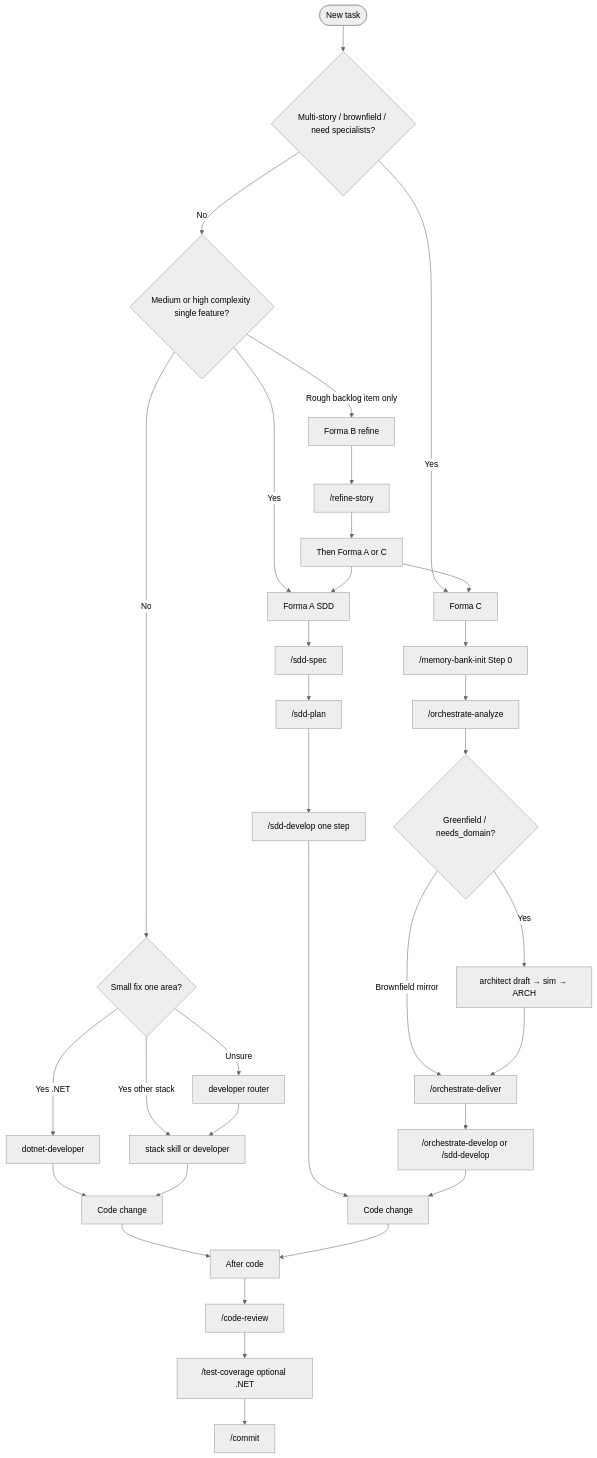
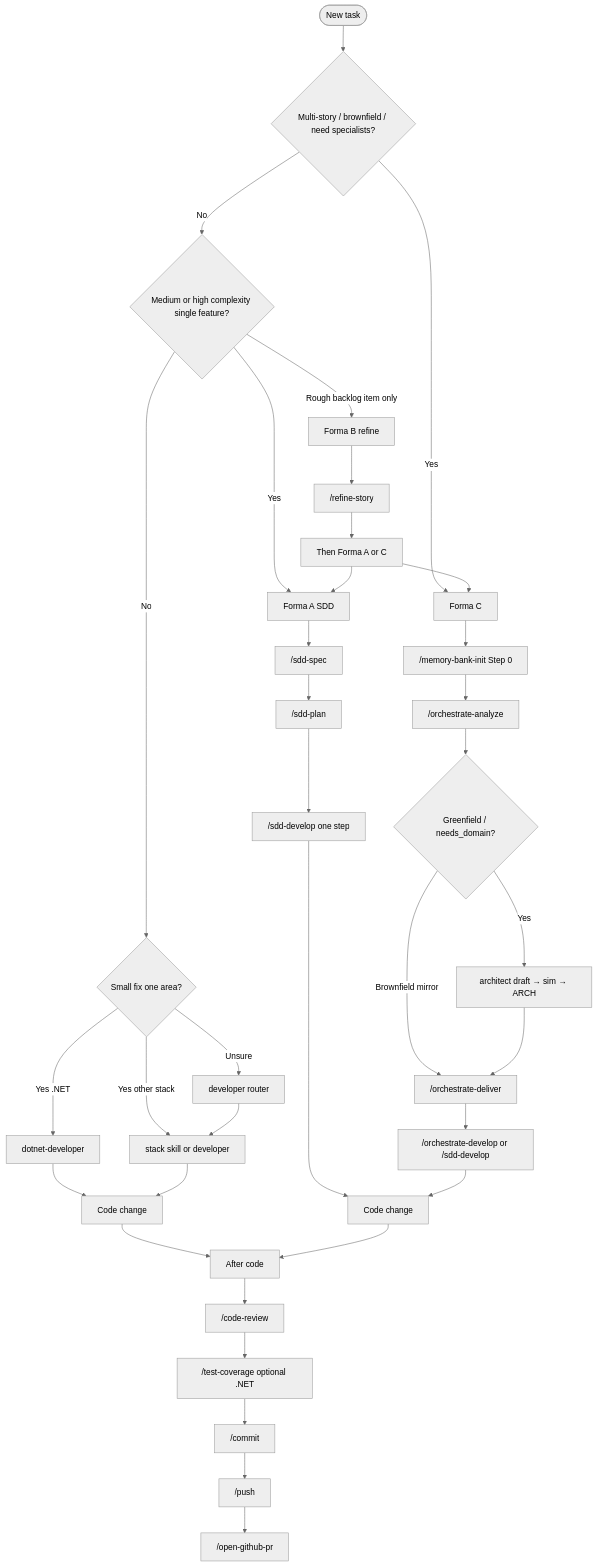
The diagram in docs-site/using-skills.md (tibursocampos/agent-dev-toolkit), drawn with Mermaid (neutral theme) before and after one commit. The commit also changed other lines of this file and 26 other files, not shown here.

First line of the commit message:
feat(skills): add open-github-pr and wire docs to 37 skills

````diff
--- a/docs-site/using-skills.md
+++ b/docs-site/using-skills.md
@@ -13,36 +13,38 @@
 ```mermaid
 flowchart TD
   Start([New task]) --> Q1{Multi-story / brownfield / need specialists?}
   Q1 -->|Yes| FC[Forma C]
   Q1 -->|No| Q2{Medium or high complexity single feature?}
   Q2 -->|Yes| SDD[Forma A SDD]
   Q2 -->|Rough backlog item only| FB[Forma B refine]
   Q2 -->|No| Q3{Small fix one area?}
   Q3 -->|Yes .NET| NET[dotnet-developer]
   Q3 -->|Yes other stack| STACK[stack skill or developer]
   Q3 -->|Unsure| DEV[developer router]
   FC --> S0["/memory-bank-init Step 0"]
   S0 --> O1["/orchestrate-analyze"]
   O1 --> ArchGate{"Greenfield / needs_domain?"}
   ArchGate -->|Yes| Confirm["architect draft → sim → ARCH"]
   ArchGate -->|Brownfield mirror| O2
   Confirm --> O2["/orchestrate-deliver"]
   O2 --> O3["/orchestrate-develop or /sdd-develop"]
   FB --> Refine["/refine-story"]
   Refine --> AorC[Then Forma A or C]
   SDD --> Spec["/sdd-spec"]
   Spec --> Plan["/sdd-plan"]
   Plan --> Impl["/sdd-develop one step"]
   NET --> DoneNet[Code change]
   STACK --> DoneNet
   DEV --> STACK
   Impl --> DoneSdd[Code change]
   O3 --> DoneSdd
   AorC --> SDD
   AorC --> FC
   DoneNet --> Post
   DoneSdd --> Post
   Post[After code] --> CR["/code-review"]
   CR --> TC["/test-coverage optional .NET"]
   TC --> Commit["/commit"]
+  Commit --> Push["/push"]
+  Push --> PR["/open-github-pr"]
 ```
````
